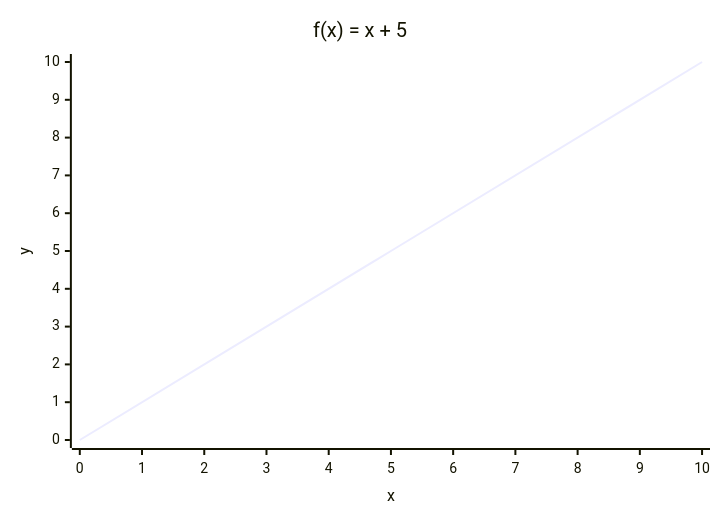
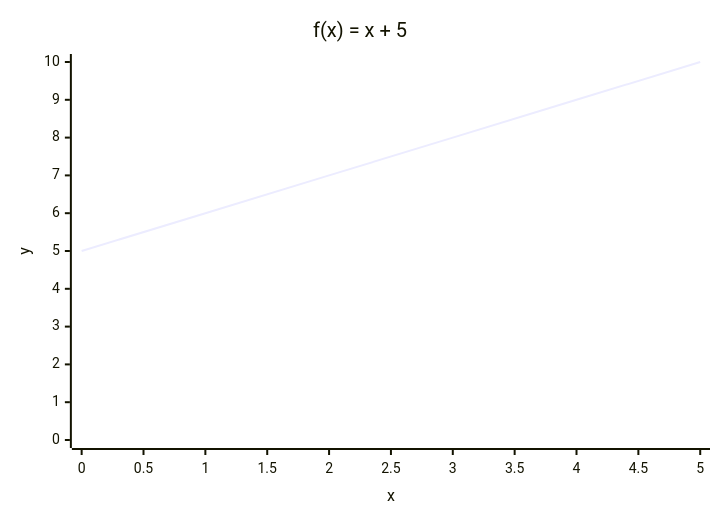
The first of 2 diagrams in ip_aula1_boole.md (jbroberto76/ip), drawn with Mermaid before and after one commit. The commit also changed other lines of this file and 11 other files, not shown here.

````diff
--- a/ip_aula1_boole.md
+++ b/ip_aula1_boole.md
@@ -79,7 +79,7 @@
 ```mermaid
 xychart-beta
     title "f(x) = x + 5"
-    x-axis "x" 0 --> 10 
+    x-axis "x" 0 --> 5 
     y-axis "y" 0 --> 10
-    line [0, 5, 10]
+    line [5, 6, 7, 8, 9, 10]
 ```
````
